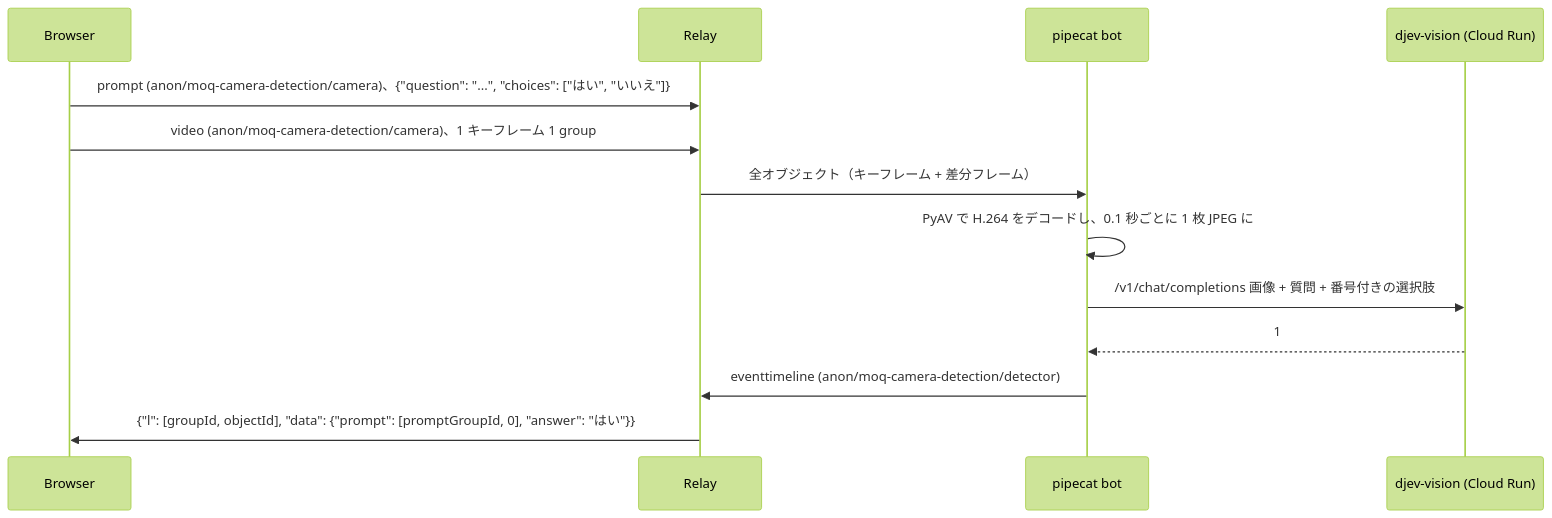
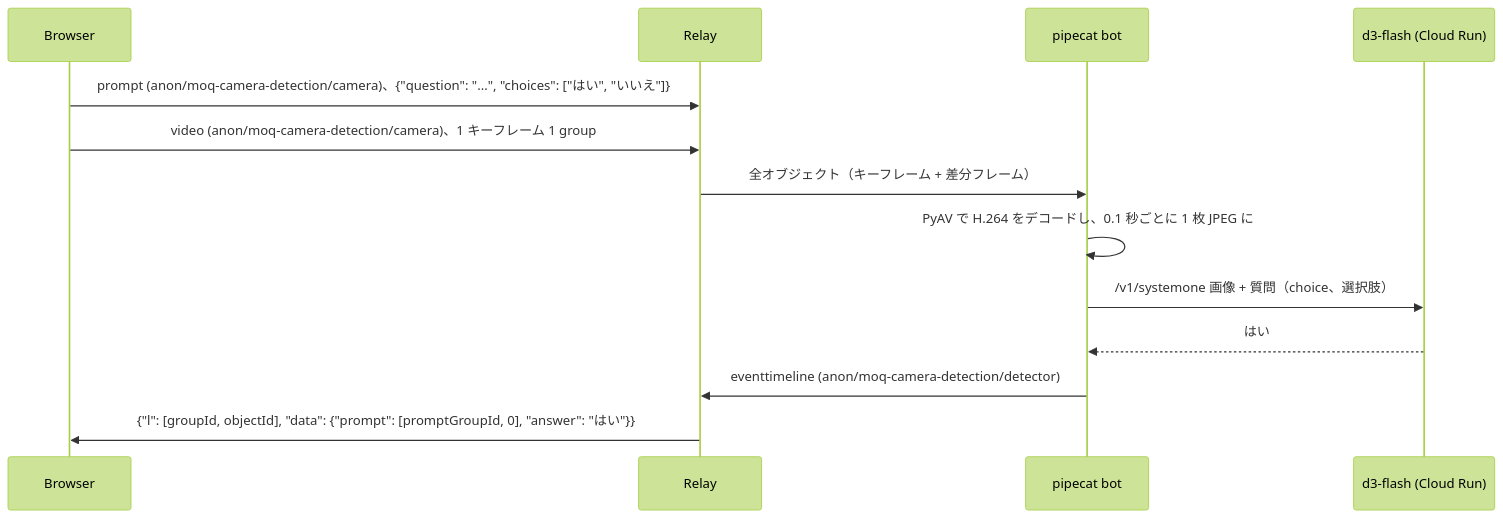
Before and after one commit to nttcom/moq-wasm: the diagram in examples/python/moq-camera-detection/README.md, drawn with Mermaid (forest theme). The commit also changed other lines of this file and 55 other files, not shown here.

First line of the commit message:
feat(examples): AI デモ bot の判定先を djev から d3-flash に揃える (#828)

````diff
--- a/examples/python/moq-camera-detection/README.md
+++ b/examples/python/moq-camera-detection/README.md
@@ -7,15 +7,15 @@
 ```mermaid
 sequenceDiagram
     participant B as Browser
     participant R as Relay
     participant P as pipecat bot
-    participant D as djev-vision (Cloud Run)
+    participant D as d3-flash (Cloud Run)
     B->>R: prompt (anon/moq-camera-detection/camera)、{"question": "...", "choices": ["はい", "いいえ"]}
     B->>R: video (anon/moq-camera-detection/camera)、1 キーフレーム 1 group
     R->>P: 全オブジェクト（キーフレーム + 差分フレーム）
     P->>P: PyAV で H.264 をデコードし、0.1 秒ごとに 1 枚 JPEG に
-    P->>D: /v1/chat/completions 画像 + 質問 + 番号付きの選択肢
-    D-->>P: 1
+    P->>D: /v1/systemone 画像 + 質問（choice、選択肢）
+    D-->>P: はい
     P->>R: eventtimeline (anon/moq-camera-detection/detector)
     R->>B: {"l": [groupId, objectId], "data": {"prompt": [promptGroupId, 0], "answer": "はい"}}
 ```
````
